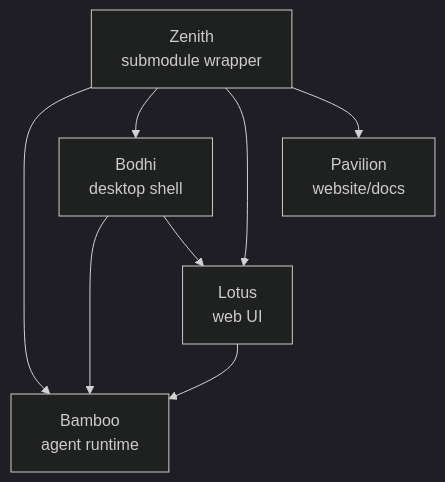
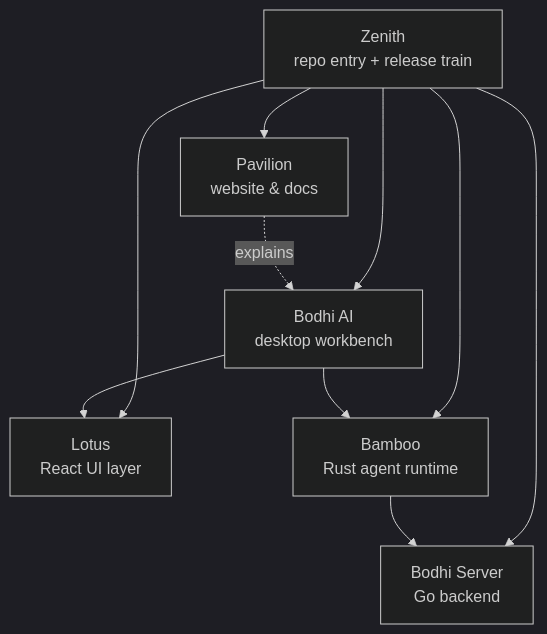
The diagram in README.md (bigduu/Zenith), drawn with Mermaid (dark theme) before and after one commit. The commit also changed other lines of this file, not shown here.

Commit message:
chore: update README and submodule pointers

````diff
--- a/README.md
+++ b/README.md
@@ -28,10 +23,15 @@
 ```mermaid
 graph TD
-  Z[Zenith<br/>submodule wrapper] --> B[Bamboo<br/>agent runtime]
-  Z --> D[Bodhi<br/>desktop shell]
-  Z --> L[Lotus<br/>web UI]
-  Z --> P[Pavilion<br/>website/docs]
-  D --> B
-  D --> L
-  L --> B
+  Z[Zenith<br/>repo entry + release train]
+
+  Z --> B[Bodhi AI<br/>desktop workbench]
+  Z --> L[Lotus<br/>React UI layer]
+  Z --> R[Bamboo<br/>Rust agent runtime]
+  Z --> S[Bodhi Server<br/>Go backend]
+  Z --> P[Pavilion<br/>website & docs]
+
+  B --> L
+  B --> R
+  R --> S
+  P -. explains .-> B
 ```
````
